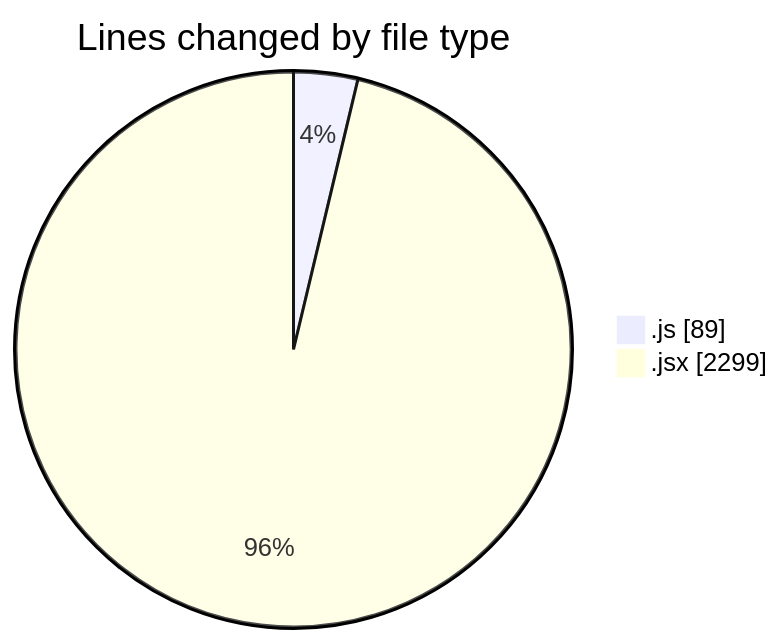
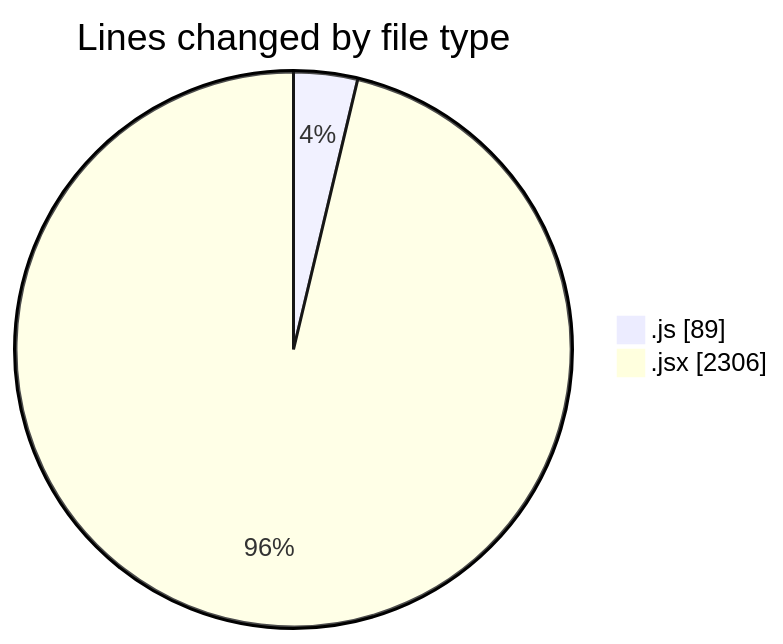
One commit to nxtqubesakshisongat/code-tracking changed the first of 2 diagrams in 2025-05-03/nxtqube_webapp/README.md. Above: the diagram before and after it, drawn with Mermaid. The commit also changed other lines of this file and 1 other file, not shown here.

````diff
--- a/2025-05-03/nxtqube_webapp/README.md
+++ b/2025-05-03/nxtqube_webapp/README.md
@@ -23,6 +23,6 @@
 ```mermaid
 pie showData
 title Lines changed by file type
 ".js" : 89
-".jsx" : 2299
+".jsx" : 2306
 ```
````
